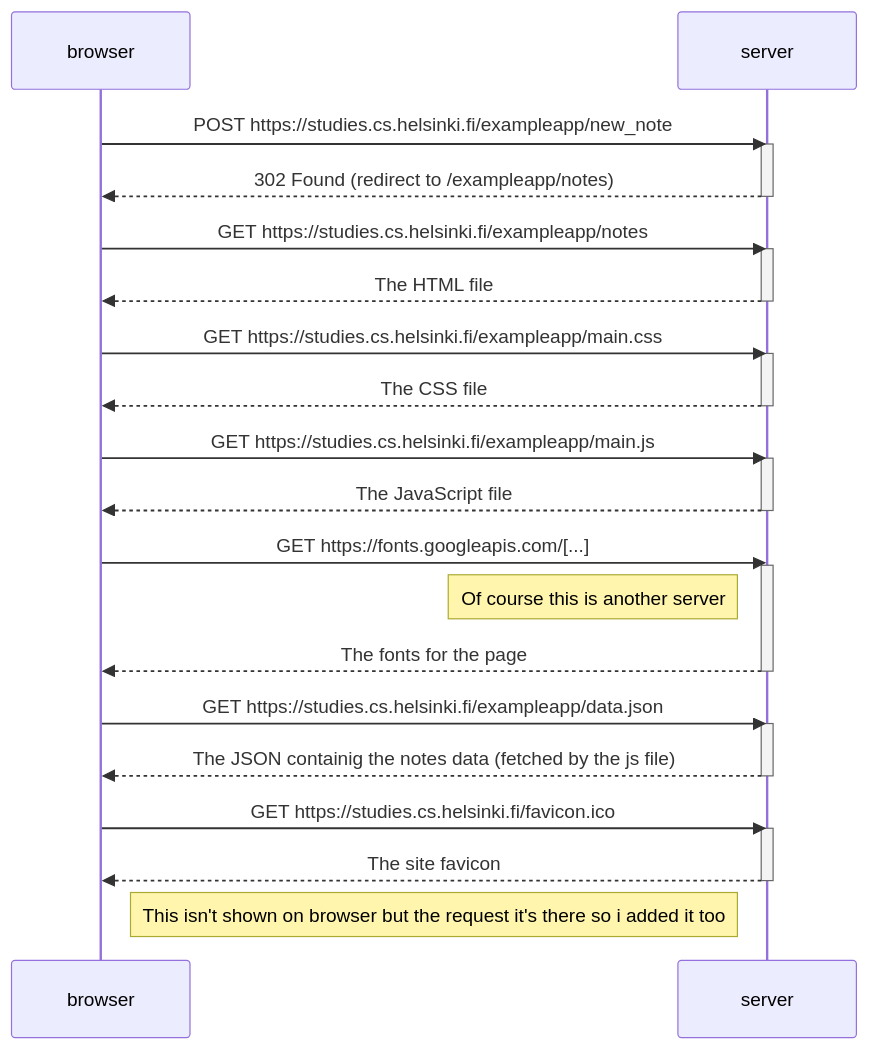
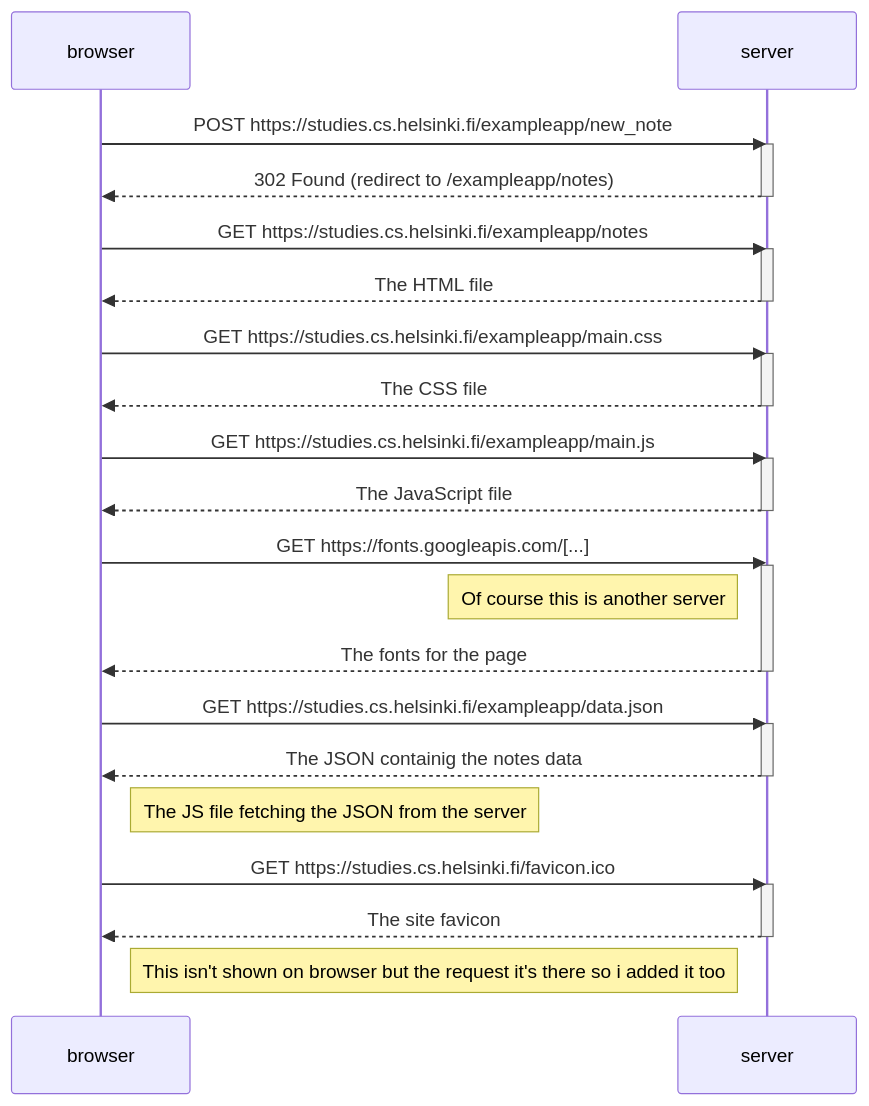
One commit to ololiuhqui/fullstackopen-javascript-course-exercises changed the diagram in part0/0.4-new-note-diagram.md. Above: the diagram before and after it, drawn with Mermaid.

````diff
--- a/part0/0.4-new-note-diagram.md
+++ b/part0/0.4-new-note-diagram.md
@@ -3,46 +3,48 @@
 ```mermaid
 
 sequenceDiagram
 participant browser
 participant server
 
 browser->>server: POST https://studies.cs.helsinki.fi/exampleapp/new_note
 activate server
 server-->>browser: 302 Found (redirect to /exampleapp/notes)
 deactivate server
 
 browser->>server: GET https://studies.cs.helsinki.fi/exampleapp/notes
 activate server
 server-->>browser: The HTML file
 deactivate server
 
 browser->>server: GET https://studies.cs.helsinki.fi/exampleapp/main.css
 activate server
 server-->>browser: The CSS file
 deactivate server
 
 browser->>server: GET https://studies.cs.helsinki.fi/exampleapp/main.js
 activate server
 server-->>browser: The JavaScript file
 deactivate server
 
 browser->>server: GET https://fonts.googleapis.com/[...]
 activate server
 note left of server: Of course this is another server
 server-->>browser: The fonts for the page
 deactivate server
 
 browser->>server: GET https://studies.cs.helsinki.fi/exampleapp/data.json
 activate server
-server-->>browser: The JSON containig the notes data (fetched by the js file)
+server-->>browser: The JSON containig the notes data
 deactivate server
+
+note right of browser: The JS file fetching the JSON from the server
 
 browser->>server: GET https://studies.cs.helsinki.fi/favicon.ico
 activate server
 server-->>browser: The site favicon
 deactivate server
 
 note right of browser: This isn't shown on browser but the request it's there so i added it too
 
 
 ```
````
